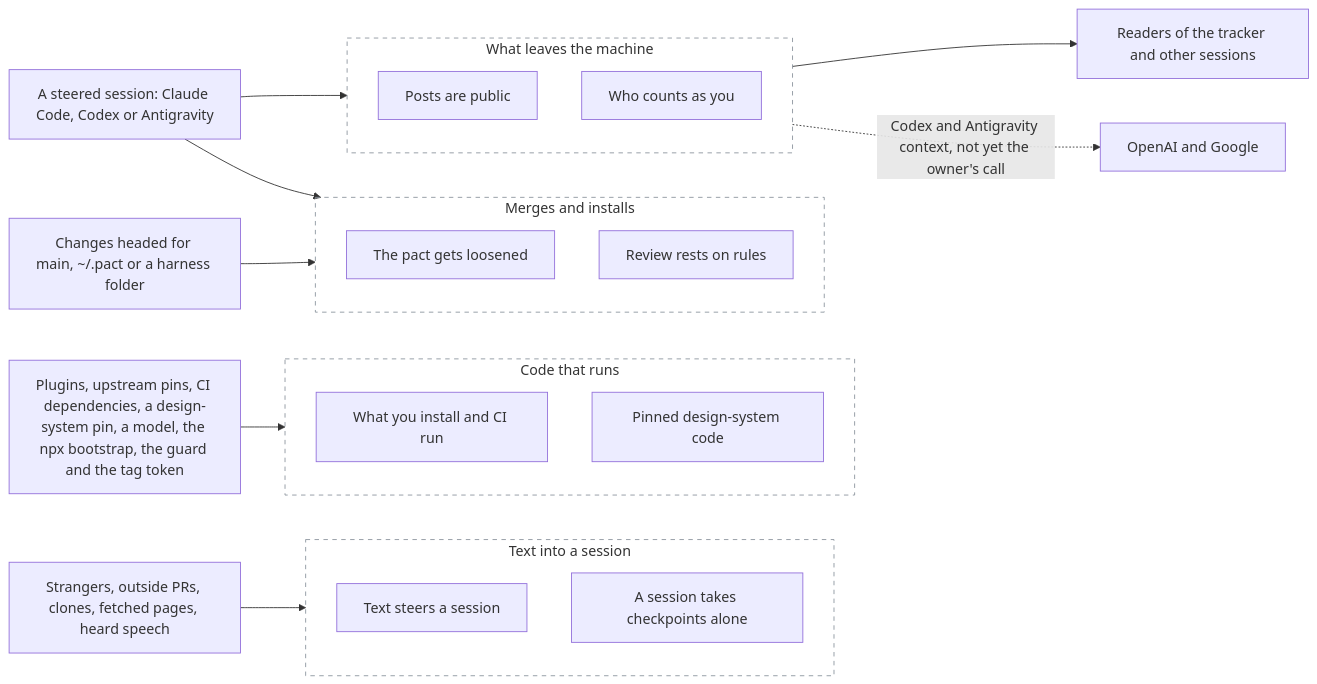
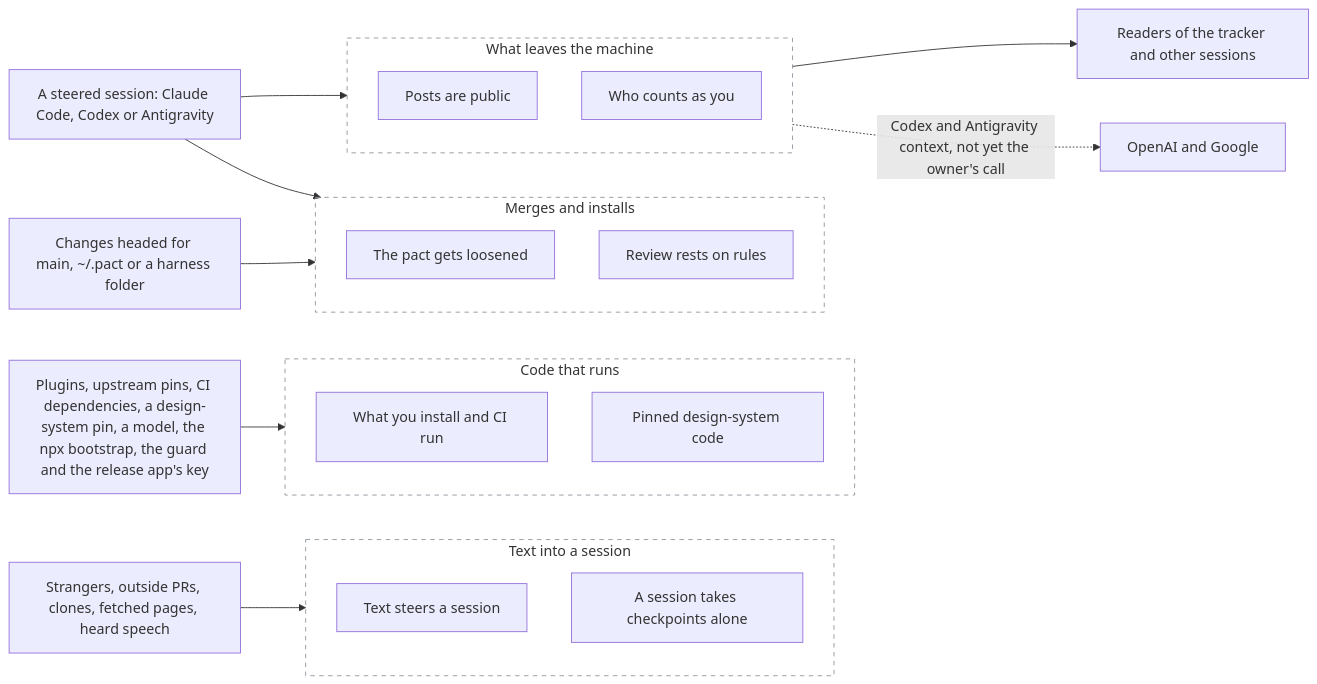
Before and after one commit to mephistopheles4/the-pact: the first of 2 diagrams in docs/threat-model.md, drawn with Mermaid. The commit also changed other lines of this file and 5 other files, not shown here.

First line of the commit message:
PACT-105 T8: the threat model names the release app and its key

````diff
--- a/docs/threat-model.md
+++ b/docs/threat-model.md
@@ -32,39 +32,39 @@
 ```mermaid
 flowchart LR
   outside["Strangers, outside PRs, clones, fetched pages, heard speech"]
-  upstream["Plugins, upstream pins, CI dependencies, a design-system pin, a model, the npx bootstrap, the guard and the tag token"]
+  upstream["Plugins, upstream pins, CI dependencies, a design-system pin, a model, the npx bootstrap, the guard and the release app's key"]
   owner["Changes headed for main, ~/.pact or a harness folder"]
   session["A steered session: Claude Code, Codex or Antigravity"]
   readers["Readers of the tracker and other sessions"]
   providers["OpenAI and Google"]
 
   subgraph B1["Text into a session"]
     T1["Text steers a session"]
     T2["A session takes checkpoints alone"]
   end
   subgraph B2["Code that runs"]
     T3["What you install and CI run"]
     T4["Pinned design-system code"]
   end
   subgraph B3["Merges and installs"]
     T5["The pact gets loosened"]
     T6["Review rests on rules"]
   end
   subgraph B4["What leaves the machine"]
     T7["Posts are public"]
     T8["Who counts as you"]
   end
 
   outside --> B1
   upstream --> B2
   session --> B3
   owner --> B3
   session --> B4
   B4 --> readers
   B4 -. "Codex and Antigravity context, not yet the owner's call" .-> providers
 
   style B1 fill:transparent,stroke:#8c959f,stroke-dasharray: 5 5
   style B2 fill:transparent,stroke:#8c959f,stroke-dasharray: 5 5
   style B3 fill:transparent,stroke:#8c959f,stroke-dasharray: 5 5
   style B4 fill:transparent,stroke:#8c959f,stroke-dasharray: 5 5
 ```
````
